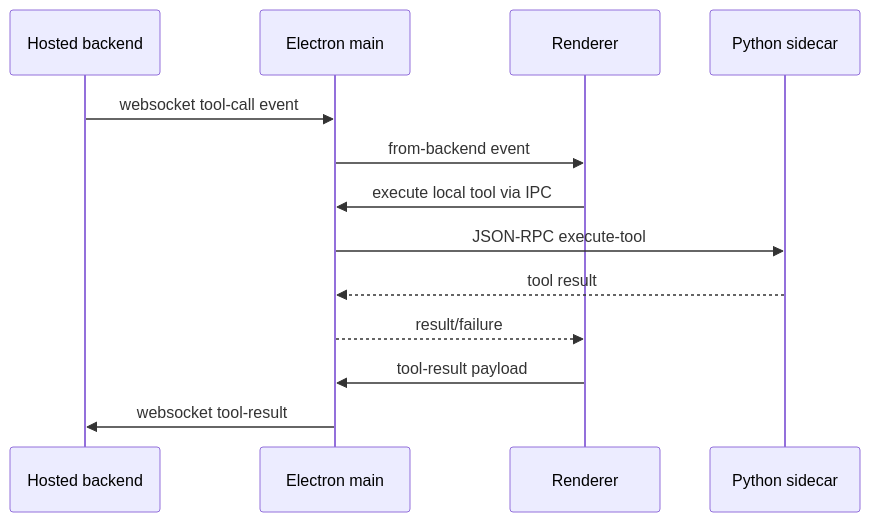
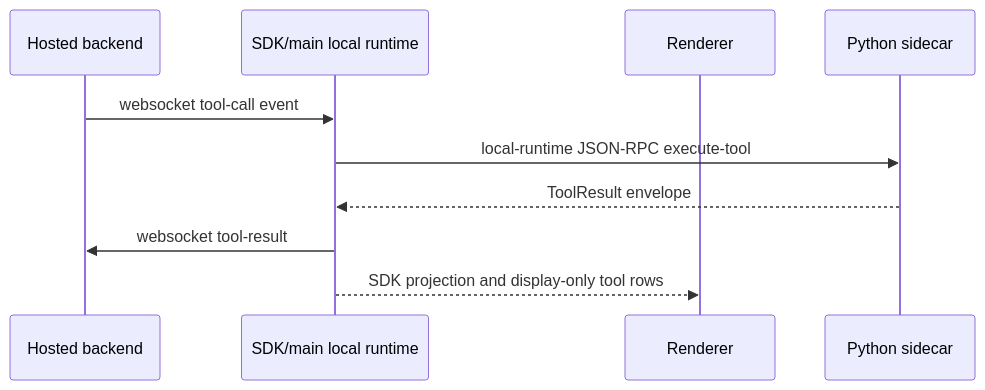
Before and after one commit to buiilding/My_Own_OpenClaw: the diagram in docs/nodes/desktop_and_sidecar_node.md, drawn with Mermaid. The commit also changed other lines of this file and 11 other files, not shown here.

First line of the commit message:
docs(channels): route json rpc labels through local runtime

````diff
--- a/docs/nodes/desktop_and_sidecar_node.md
+++ b/docs/nodes/desktop_and_sidecar_node.md
@@ -76,16 +76,13 @@
 ```mermaid
 sequenceDiagram
   participant Backend as Hosted backend
-  participant Main as Electron main
+  participant SDK as SDK/main local runtime
   participant Renderer as Renderer
   participant Sidecar as Python sidecar
 
-  Backend->>Main: websocket tool-call event
-  Main->>Renderer: from-backend event
-  Renderer->>Main: execute local tool via IPC
-  Main->>Sidecar: JSON-RPC execute-tool
-  Sidecar-->>Main: tool result
-  Main-->>Renderer: result/failure
-  Renderer->>Main: tool-result payload
-  Main->>Backend: websocket tool-result
+  Backend->>SDK: websocket tool-call event
+  SDK->>Sidecar: local-runtime JSON-RPC execute-tool
+  Sidecar-->>SDK: ToolResult envelope
+  SDK->>Backend: websocket tool-result
+  SDK-->>Renderer: SDK projection and display-only tool rows
 ```
````
